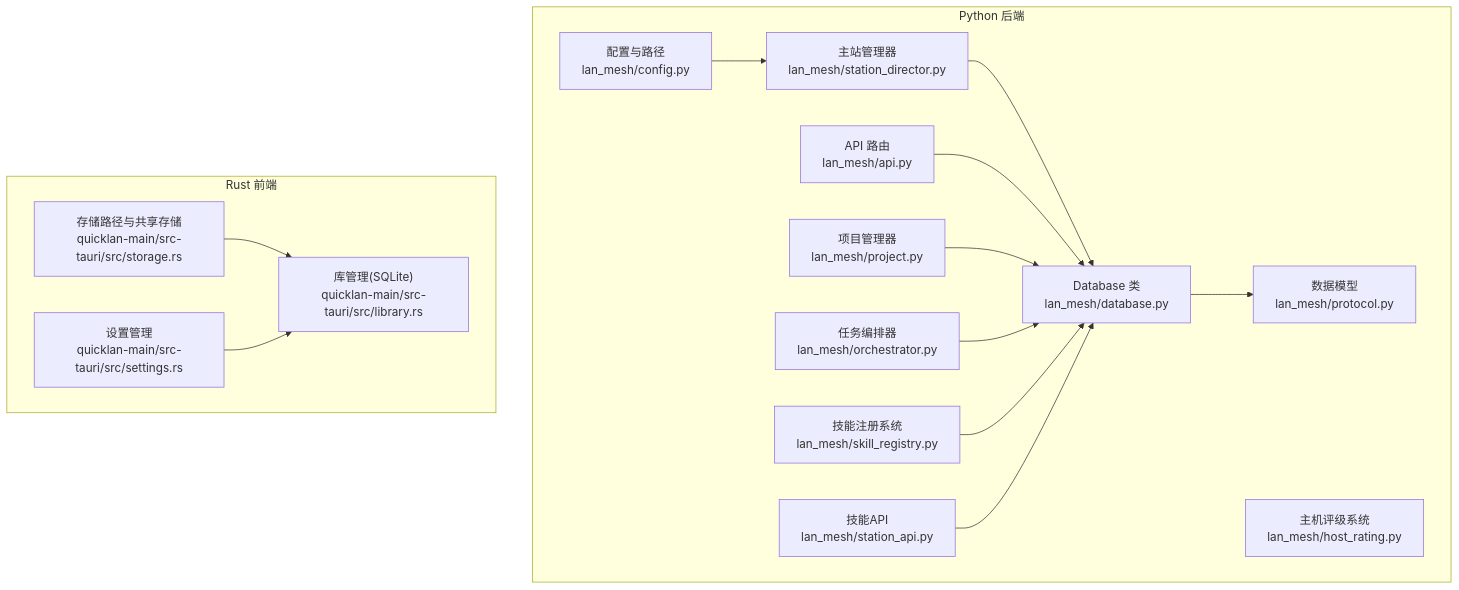
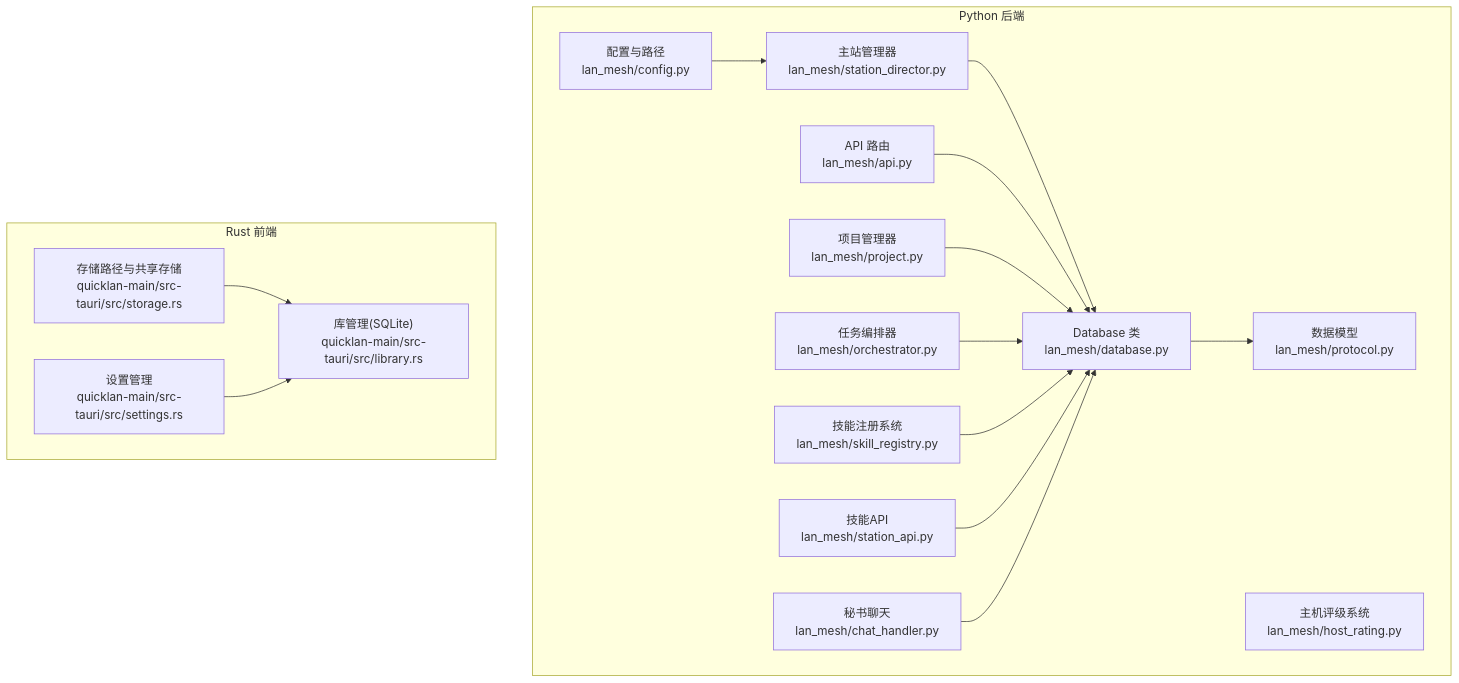
One commit to targalian/Personal-distributed-workstation changed the first of 5 diagrams in .qoder/repowiki/zh/content/核心模块/数据库设计.md. Above: the diagram before and after it, drawn with Mermaid. The commit also changed other lines of this file and 60 other files, not shown here.

````diff
--- a/.qoder/repowiki/zh/content/核心模块/数据库设计.md
+++ b/.qoder/repowiki/zh/content/核心模块/数据库设计.md
@@ -69,30 +68,32 @@
 ```mermaid
 graph TB
 subgraph "Python 后端"
 DB["Database 类<br/>lan_mesh/database.py"]
 Proto["数据模型<br/>lan_mesh/protocol.py"]
 Cfg["配置与路径<br/>lan_mesh/config.py"]
 API["API 路由<br/>lan_mesh/api.py"]
 StationDir["主站管理器<br/>lan_mesh/station_director.py"]
 HostRating["主机评级系统<br/>lan_mesh/host_rating.py"]
 ProjectMgr["项目管理器<br/>lan_mesh/project.py"]
 Orchestrator["任务编排器<br/>lan_mesh/orchestrator.py"]
 SkillReg["技能注册系统<br/>lan_mesh/skill_registry.py"]
 SkillAPI["技能API<br/>lan_mesh/station_api.py"]
+ChatHandler["秘书聊天<br/>lan_mesh/chat_handler.py"]
 end
 subgraph "Rust 前端"
 Storage["存储路径与共享存储<br/>quicklan-main/src-tauri/src/storage.rs"]
 Settings["设置管理<br/>quicklan-main/src-tauri/src/settings.rs"]
 Lib["库管理(SQLite)<br/>quicklan-main/src-tauri/src/library.rs"]
 end
 StationDir --> DB
 API --> DB
 DB --> Proto
 Cfg --> StationDir
 ProjectMgr --> DB
 Orchestrator --> DB
 SkillReg --> DB
 SkillAPI --> DB
+ChatHandler --> DB
 Storage --> Lib
 Settings --> Lib
 ```
````
